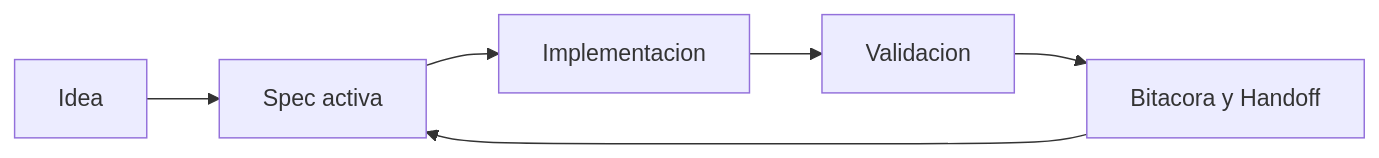
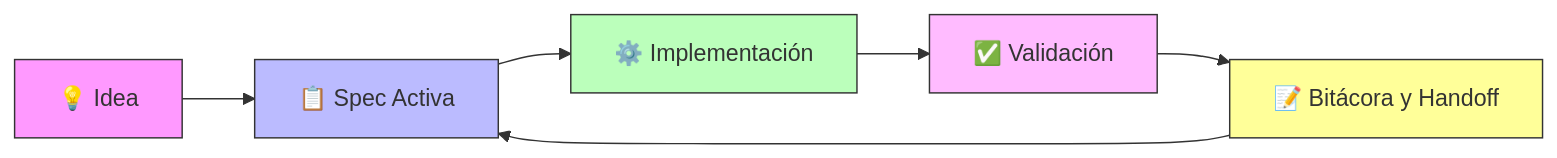
Before and after one commit to juanklagos/spec-driven-development-template: the diagram in docs/es/22-modo-equipo-y-colaboracion.md, drawn with Mermaid. The commit also changed other lines of this file and 19 other files, not shown here.

````diff
--- a/docs/es/22-modo-equipo-y-colaboracion.md
+++ b/docs/es/22-modo-equipo-y-colaboracion.md
@@ -17,8 +45,14 @@
 ```mermaid
 flowchart LR
-  A["Idea"] --> B["Spec activa"]
-  B --> C["Implementacion"]
-  C --> D["Validacion"]
-  D --> E["Bitacora y Handoff"]
+  A["💡 Idea"] --> B["📋 Spec Activa"]
+  B --> C["⚙️ Implementación"]
+  C --> D["✅ Validación"]
+  D --> E["📝 Bitácora y Handoff"]
   E --> B
+  
+  style A fill:#f9f,stroke:#333
+  style B fill:#bbf,stroke:#333
+  style C fill:#bfb,stroke:#333
+  style D fill:#fbf,stroke:#333
+  style E fill:#ff9,stroke:#333
 ```
````
